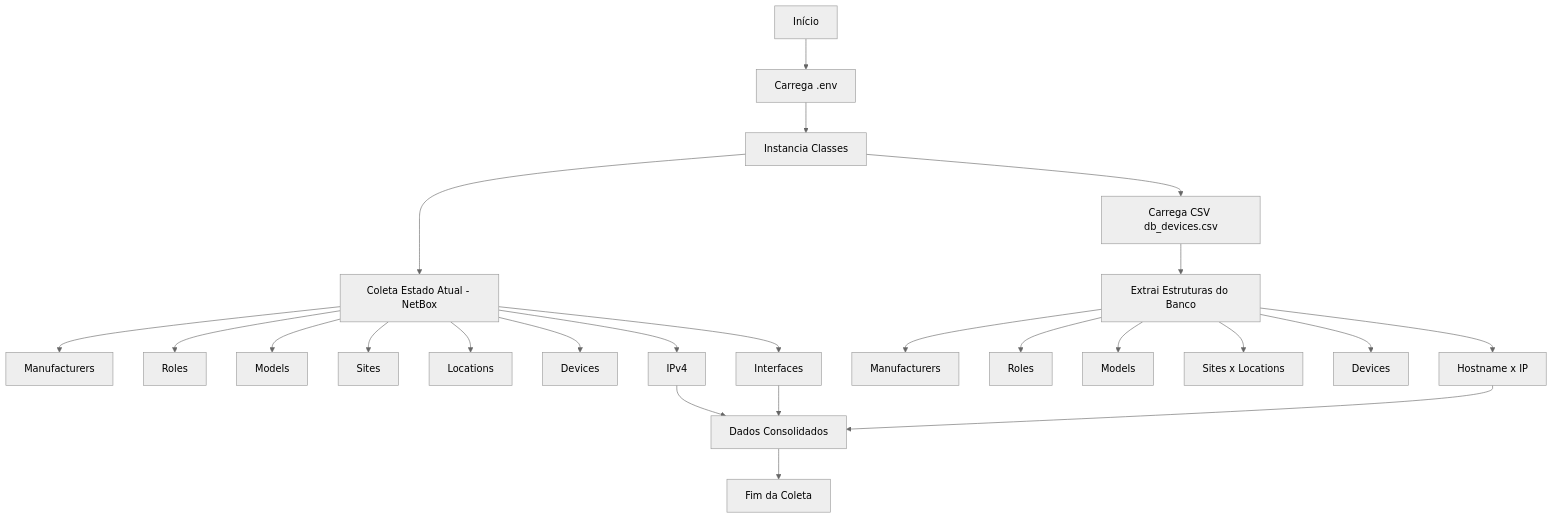
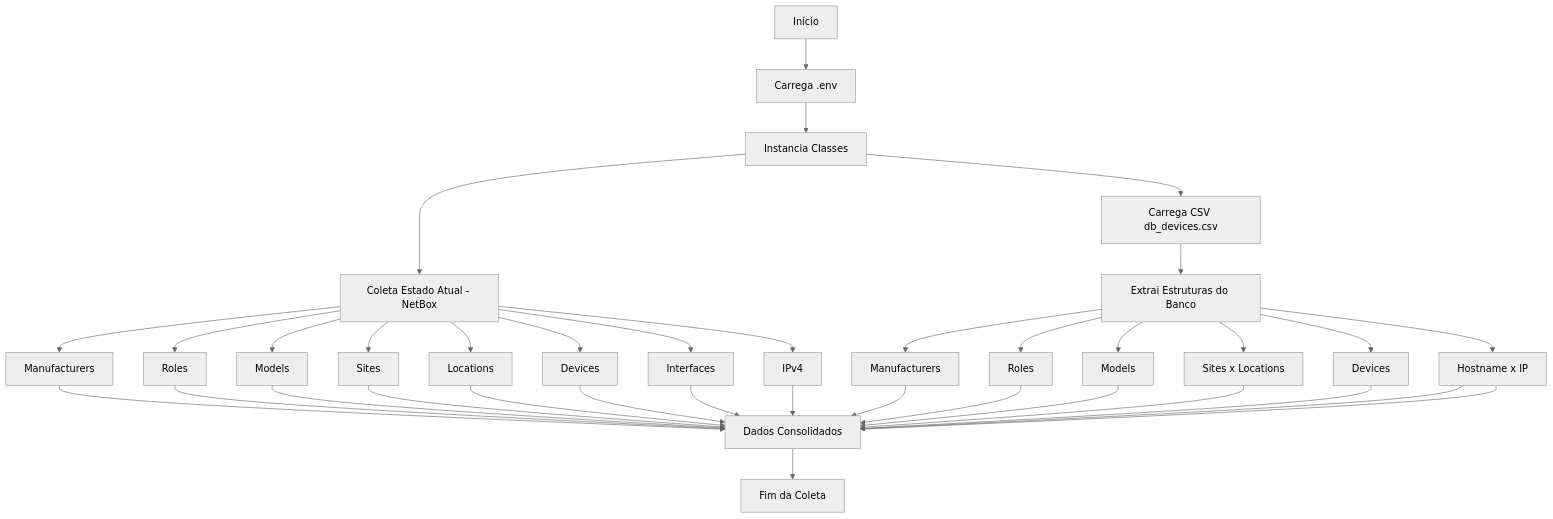
One commit to ozumaru/Netbox_API_Requests changed the first of 2 diagrams in README.md. Above: the diagram before and after it, drawn with Mermaid (neutral theme). The commit also changed other lines of this file, not shown here.

````diff
--- a/README.md
+++ b/README.md
@@ -153,31 +153,45 @@
 ```mermaid
 flowchart TD
 
 A[Início] --> B[Carrega .env]
 B --> C[Instancia Classes]
 
 C --> D[Coleta Estado Atual - NetBox]
 D --> D1[Manufacturers]
 D --> D2[Roles]
 D --> D3[Models]
 D --> D4[Sites]
 D --> D5[Locations]
 D --> D6[Devices]
 D --> D7[Interfaces]
 D --> D8[IPv4]
 
 C --> E[Carrega CSV db_devices.csv]
 E --> F[Extrai Estruturas do Banco]
 F --> F1[Manufacturers]
 F --> F2[Roles]
 F --> F3[Models]
 F --> F4[Sites x Locations]
 F --> F5[Devices]
 F --> F6[Hostname x IP]
+ 
+D1 --> G[Dados Consolidados]
+D2 --> G[Dados Consolidados]
+D3 --> G[Dados Consolidados]
+D4 --> G[Dados Consolidados]
+D5 --> G[Dados Consolidados]
+D6 --> G[Dados Consolidados]
+D7 --> G[Dados Consolidados]
+D8 --> G[Dados Consolidados]
+F1 --> G[Dados Consolidados]
+F2 --> G[Dados Consolidados]
+F3 --> G[Dados Consolidados]
+F4 --> G[Dados Consolidados]
+F5 --> G[Dados Consolidados]
+F6 --> G[Dados Consolidados]
 
-D8 --> G[Dados Consolidados]
-D7 --> G[Dados Consolidados]
+
 F6 --> G
 
 G --> H[Fim da Coleta]
 ```
````
